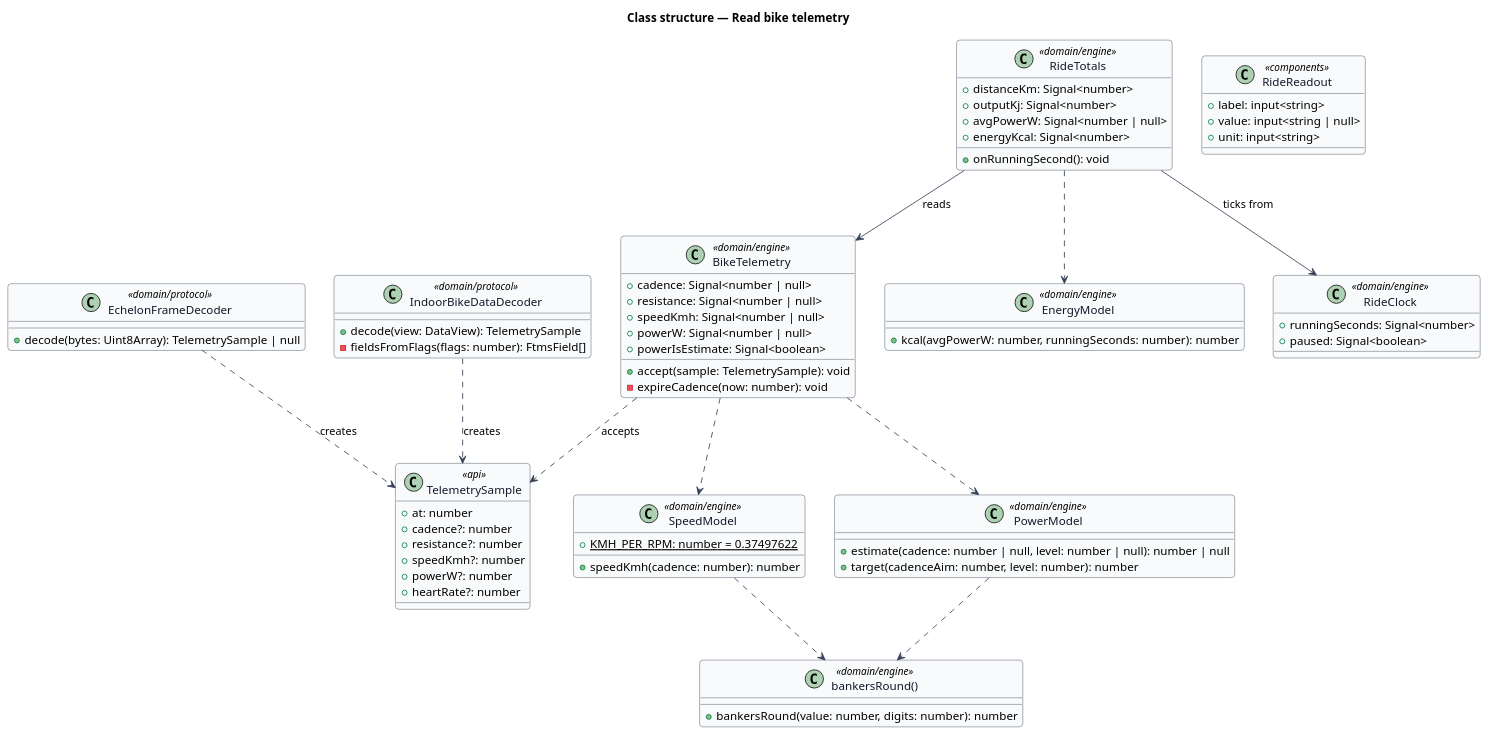
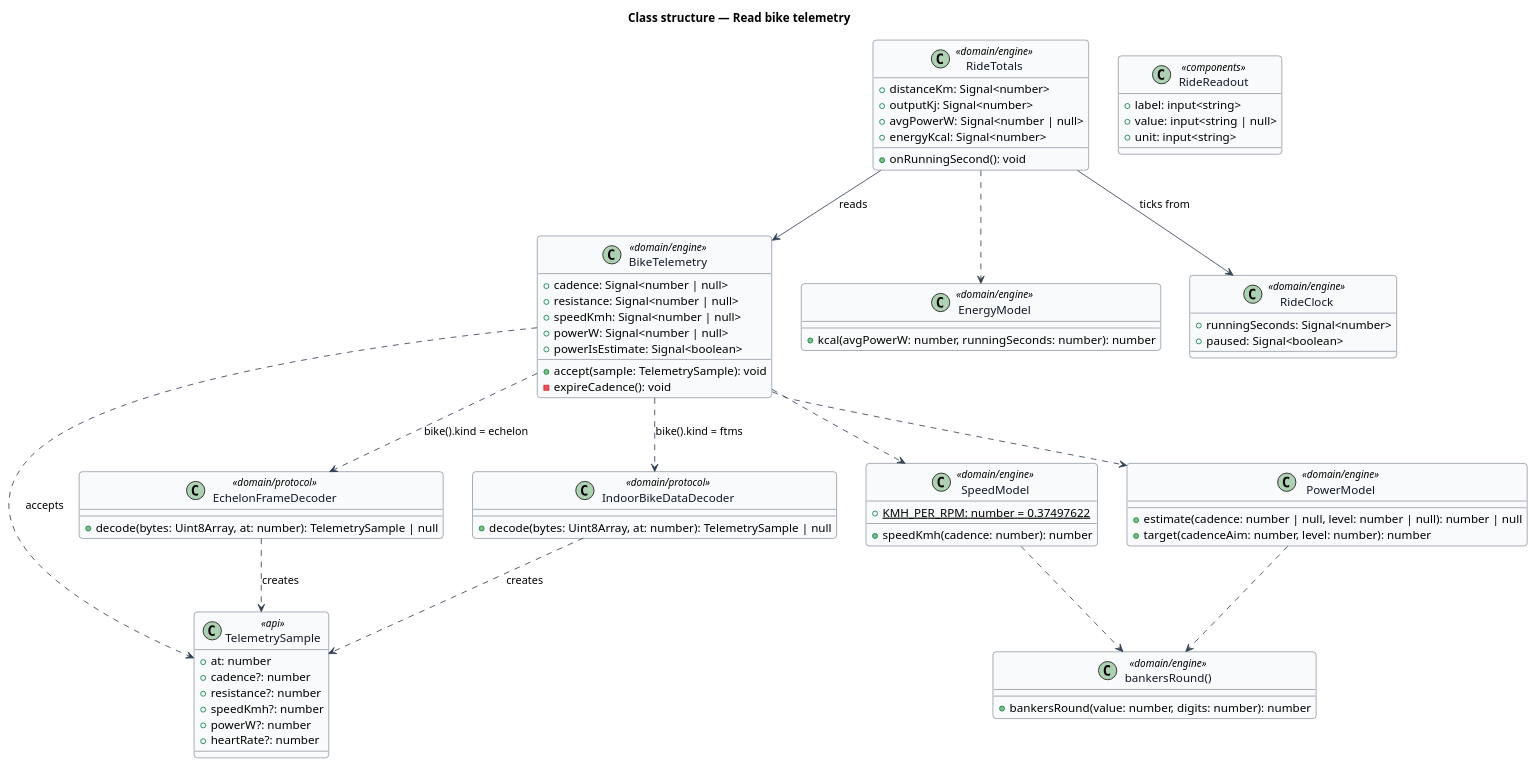
The diagram in docs/detailed-designs/bike/read-bike-telemetry/diagrams/class-structure.puml (QuinntyneBrown/ride-one), drawn with PlantUML before and after one commit. The commit also changed 6 other files, not shown here.

```diff
--- a/docs/detailed-designs/bike/read-bike-telemetry/diagrams/class-structure.puml
+++ b/docs/detailed-designs/bike/read-bike-telemetry/diagrams/class-structure.puml
@@ -1,79 +1,80 @@
 @startuml
 ' --- shared skin header ---
 skinparam backgroundColor #FFFFFF
 skinparam shadowing false
 skinparam roundcorner 8
 skinparam defaultFontName Arial
 skinparam ArrowColor #344054
 skinparam class {
   BorderColor #344054
   FontColor #101828
   BackgroundColor #F9FAFB
 }
 ' --------------------------
 title Class structure — Read bike telemetry
 class TelemetrySample <<api>> {
   +at: number
   +cadence?: number
   +resistance?: number
   +speedKmh?: number
   +powerW?: number
   +heartRate?: number
 }
 class EchelonFrameDecoder <<domain/protocol>> {
-  +decode(bytes: Uint8Array): TelemetrySample | null
+  +decode(bytes: Uint8Array, at: number): TelemetrySample | null
 }
 class IndoorBikeDataDecoder <<domain/protocol>> {
-  +decode(view: DataView): TelemetrySample
-  -fieldsFromFlags(flags: number): FtmsField[]
+  +decode(bytes: Uint8Array, at: number): TelemetrySample | null
 }
 class BikeTelemetry <<domain/engine>> {
   +cadence: Signal<number | null>
   +resistance: Signal<number | null>
   +speedKmh: Signal<number | null>
   +powerW: Signal<number | null>
   +powerIsEstimate: Signal<boolean>
   +accept(sample: TelemetrySample): void
-  -expireCadence(now: number): void
+  -expireCadence(): void
 }
 class SpeedModel <<domain/engine>> {
   +{static} KMH_PER_RPM: number = 0.37497622
   +speedKmh(cadence: number): number
 }
 class PowerModel <<domain/engine>> {
   +estimate(cadence: number | null, level: number | null): number | null
   +target(cadenceAim: number, level: number): number
 }
 class EnergyModel <<domain/engine>> {
   +kcal(avgPowerW: number, runningSeconds: number): number
 }
 class "bankersRound()" as Round <<domain/engine>> {
   +bankersRound(value: number, digits: number): number
 }
 class RideTotals <<domain/engine>> {
   +distanceKm: Signal<number>
   +outputKj: Signal<number>
   +avgPowerW: Signal<number | null>
   +energyKcal: Signal<number>
   +onRunningSecond(): void
 }
 class RideClock <<domain/engine>> {
   +runningSeconds: Signal<number>
   +paused: Signal<boolean>
 }
 class RideReadout <<components>> {
   +label: input<string>
   +value: input<string | null>
   +unit: input<string>
 }
 EchelonFrameDecoder ..> TelemetrySample : creates
 IndoorBikeDataDecoder ..> TelemetrySample : creates
 BikeTelemetry ..> TelemetrySample : accepts
+BikeTelemetry ..> EchelonFrameDecoder : bike().kind = echelon
+BikeTelemetry ..> IndoorBikeDataDecoder : bike().kind = ftms
 BikeTelemetry ..> SpeedModel
 BikeTelemetry ..> PowerModel
 SpeedModel ..> Round
 PowerModel ..> Round
 RideTotals --> BikeTelemetry : reads
 RideTotals --> RideClock : ticks from
 RideTotals ..> EnergyModel
 @enduml
```
